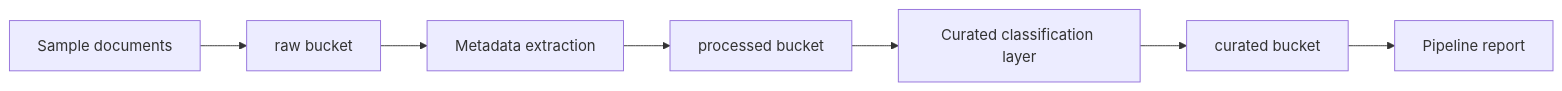
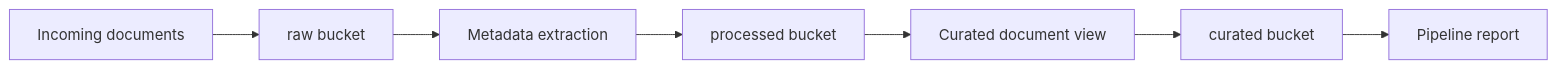
Before and after one commit to flaviagaia/document-intelligence-minio-pipeline: the diagram in README.md, drawn with Mermaid. The commit also changed other lines of this file, not shown here.

````diff
--- a/README.md
+++ b/README.md
@@ -30,9 +44,9 @@
 ```mermaid
 flowchart LR
-    A["Sample documents"] --> B["raw bucket"]
+    A["Incoming documents"] --> B["raw bucket"]
     B --> C["Metadata extraction"]
     C --> D["processed bucket"]
-    D --> E["Curated classification layer"]
+    D --> E["Curated document view"]
     E --> F["curated bucket"]
     F --> G["Pipeline report"]
 ```
````
